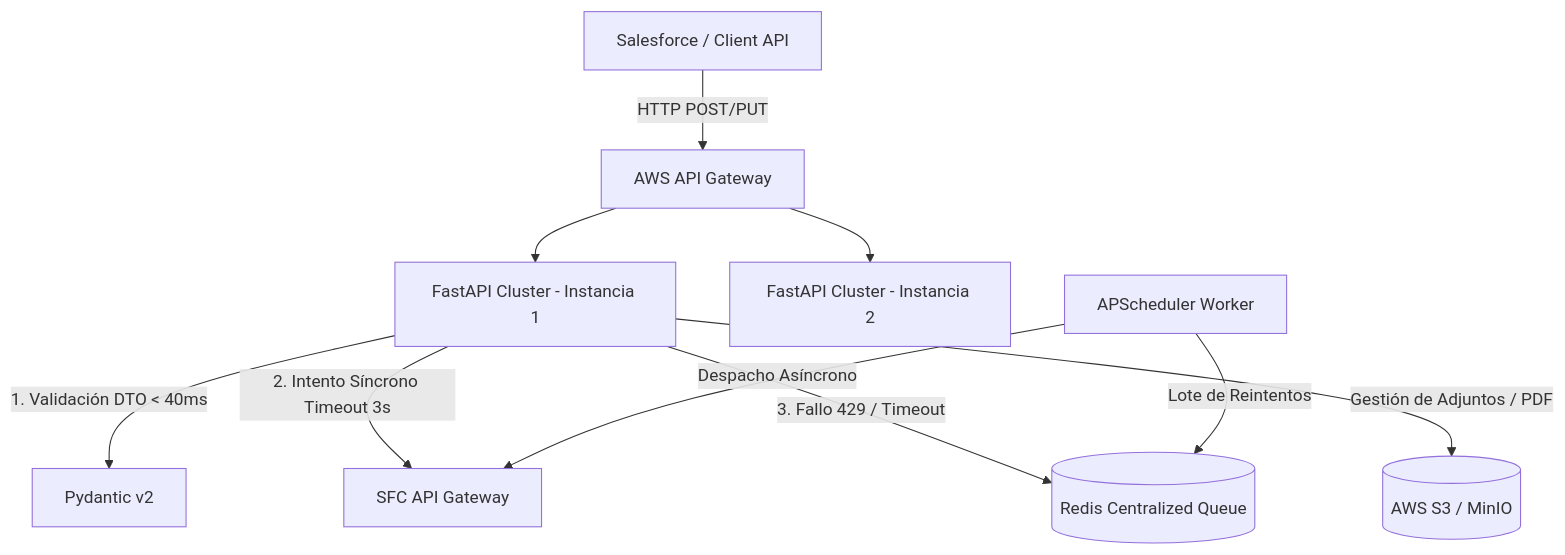
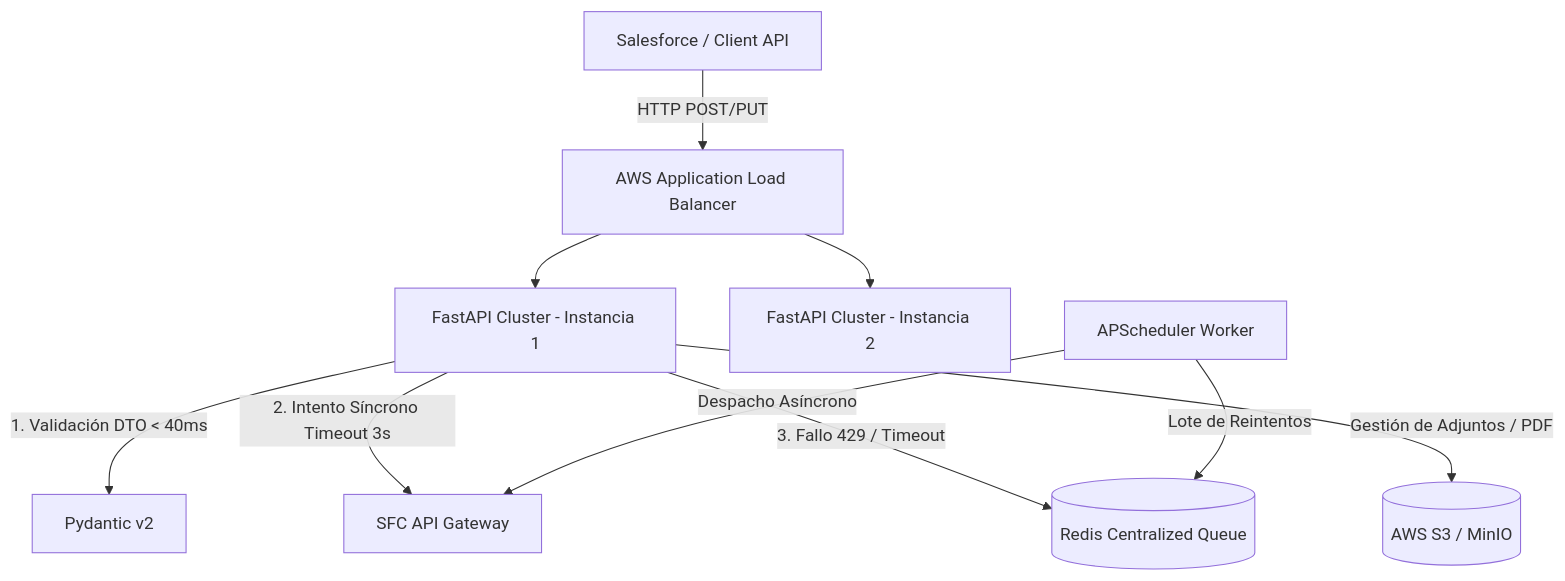
Before and after one commit to equipoSalesforce/MS-integracion-smartsupervision: the diagram in Readme.md, drawn with Mermaid.

Commit message:
Minifix en readme

````diff
--- a/Readme.md
+++ b/Readme.md
@@ -13,16 +13,16 @@
 ```mermaid
     graph TD
-        CRM[Salesforce / Client API] -->|HTTP POST/PUT| APIGW[AWS API Gateway]
-        APIGW --> App1[FastAPI Cluster - Instancia 1]
-        APIGW --> App2[FastAPI Cluster - Instancia 2]
+        CRM[Salesforce / Client API] -->|HTTP POST/PUT| ALB[AWS Application Load Balancer]
+        ALB --> App1[FastAPI Cluster - Instancia 1]
+        ALB --> App2[FastAPI Cluster - Instancia 2]
 
         App1 -->|1. Validación DTO < 40ms| DTO[Pydantic v2]
         App1 -->|2. Intento Síncrono Timeout 3s| SFC[SFC API Gateway]
 
         App1 -- 3. Fallo 429 / Timeout --> Redis[(Redis Centralized Queue)]
 
         Worker[APScheduler Worker] -->|Lote de Reintentos| Redis
         Worker -->|Despacho Asíncrono| SFC
 
         App1 -->|Gestión de Adjuntos / PDF| S3[(AWS S3 / MinIO)]
 ```
````
